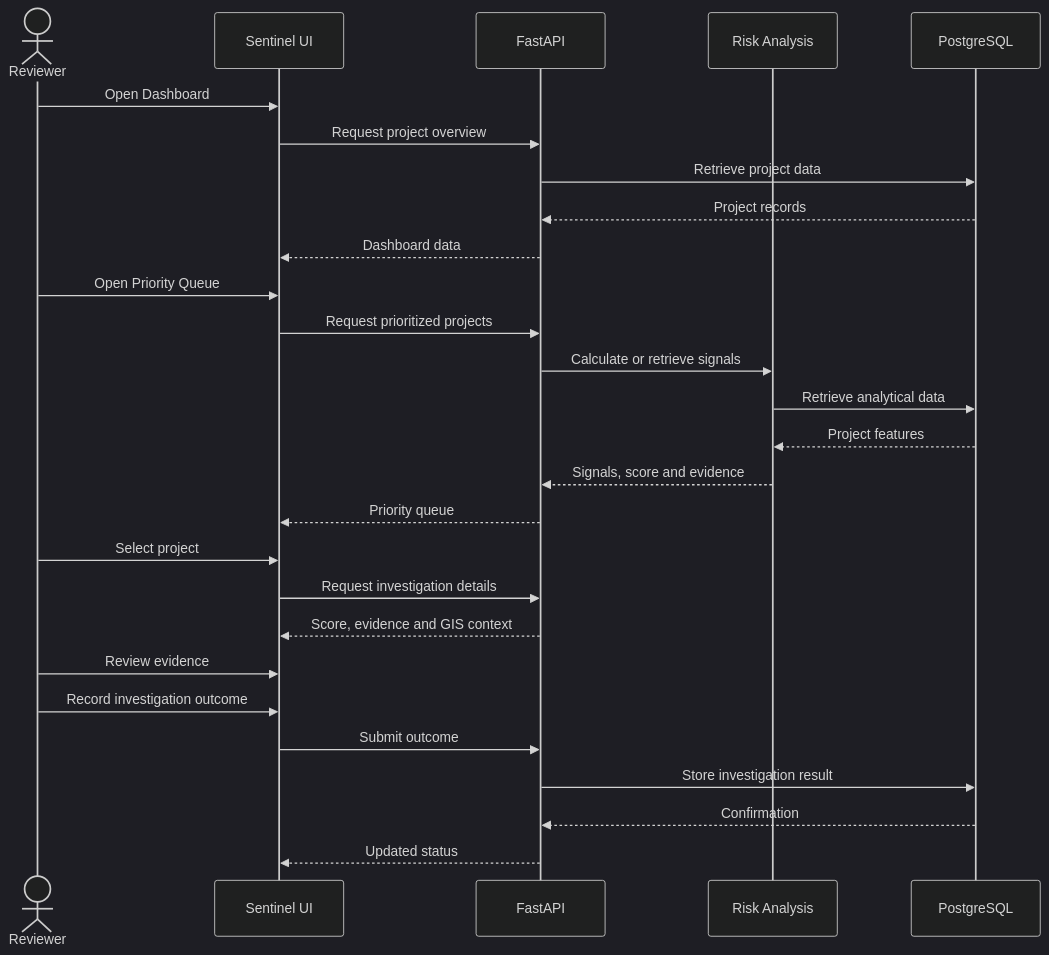
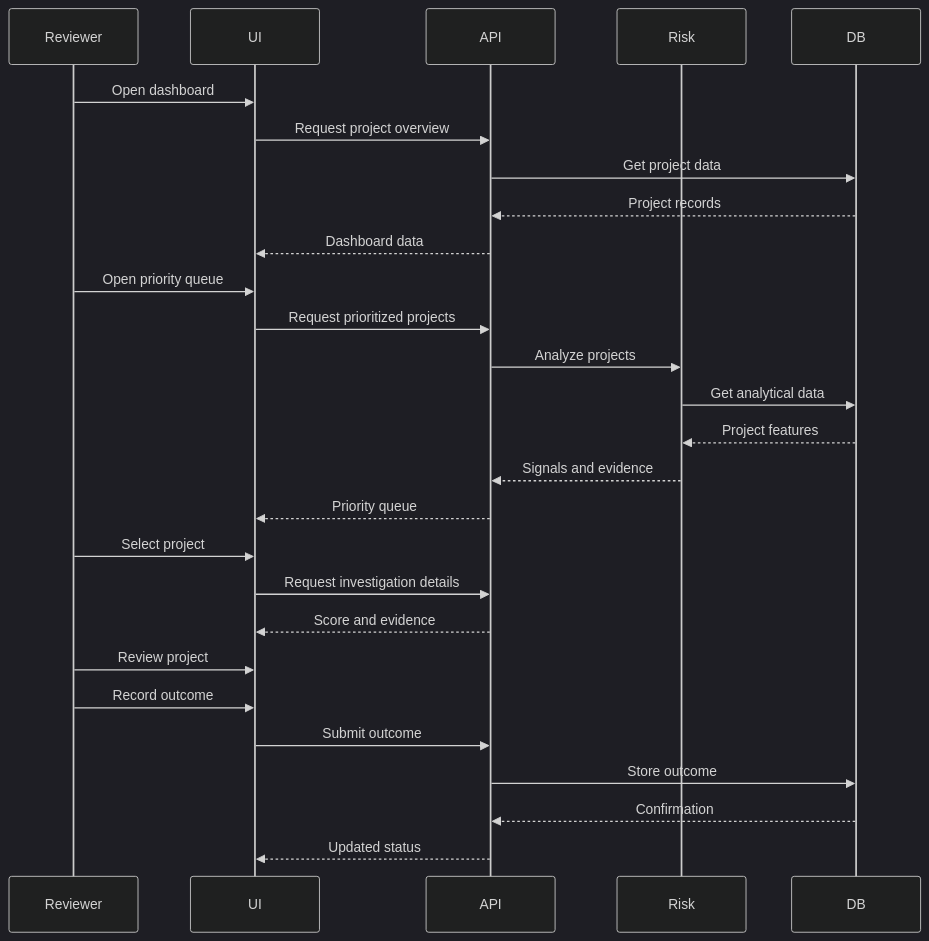
One commit to the-nidhi-bhat/mplads-sentinel changed diagram 17 of 17 in README.md. Above: the diagram before and after it, drawn with Mermaid (dark theme). The commit also changed other lines of this file, not shown here.

````diff
--- a/README.md
+++ b/README.md
@@ -809,34 +808,34 @@
 ```mermaid
 sequenceDiagram
-    actor Reviewer
-    participant UI as Sentinel UI
-    participant API as FastAPI
-    participant Risk as Risk Analysis
-    participant DB as PostgreSQL
+    participant Reviewer
+    participant UI
+    participant API
+    participant Risk
+    participant DB
 
-    Reviewer->>UI: Open Dashboard
+    Reviewer->>UI: Open dashboard
     UI->>API: Request project overview
-    API->>DB: Retrieve project data
+    API->>DB: Get project data
     DB-->>API: Project records
     API-->>UI: Dashboard data
 
-    Reviewer->>UI: Open Priority Queue
+    Reviewer->>UI: Open priority queue
     UI->>API: Request prioritized projects
-    API->>Risk: Calculate or retrieve signals
-    Risk->>DB: Retrieve analytical data
+    API->>Risk: Analyze projects
+    Risk->>DB: Get analytical data
     DB-->>Risk: Project features
-    Risk-->>API: Signals, score and evidence
+    Risk-->>API: Signals and evidence
     API-->>UI: Priority queue
 
     Reviewer->>UI: Select project
     UI->>API: Request investigation details
-    API-->>UI: Score, evidence and GIS context
+    API-->>UI: Score and evidence
 
-    Reviewer->>UI: Review evidence
-    Reviewer->>UI: Record investigation outcome
+    Reviewer->>UI: Review project
+    Reviewer->>UI: Record outcome
 
     UI->>API: Submit outcome
-    API->>DB: Store investigation result
+    API->>DB: Store outcome
     DB-->>API: Confirmation
     API-->>UI: Updated status
 ```
````
